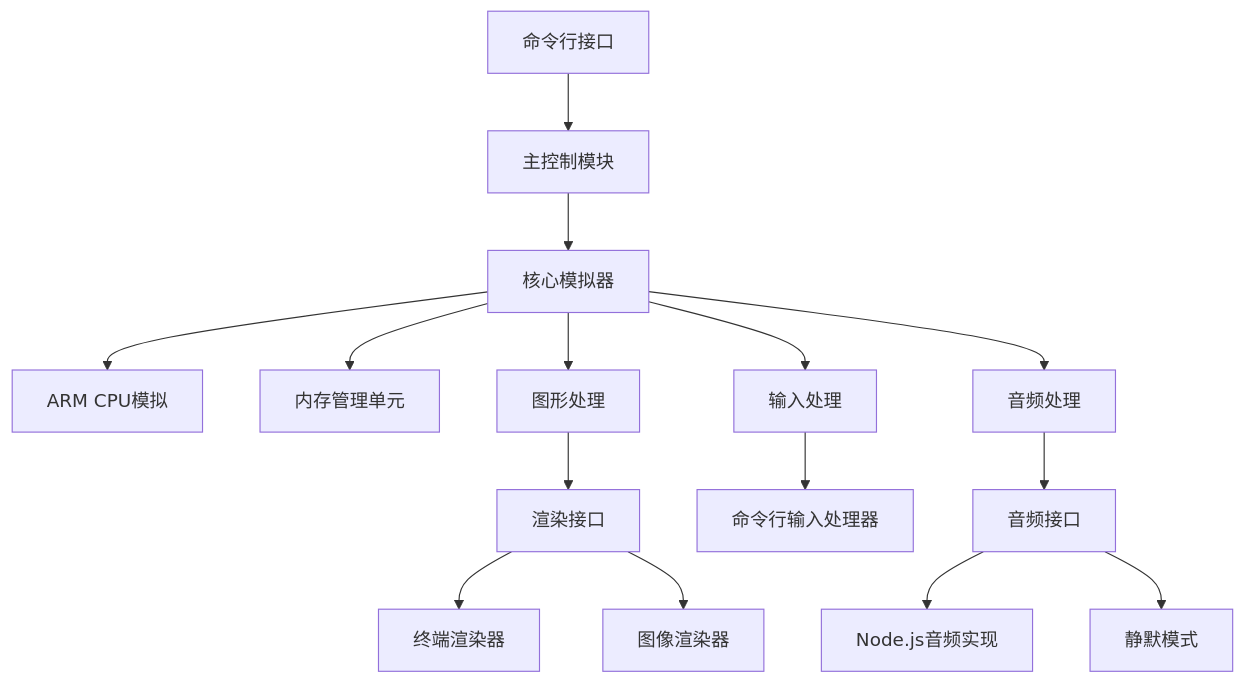
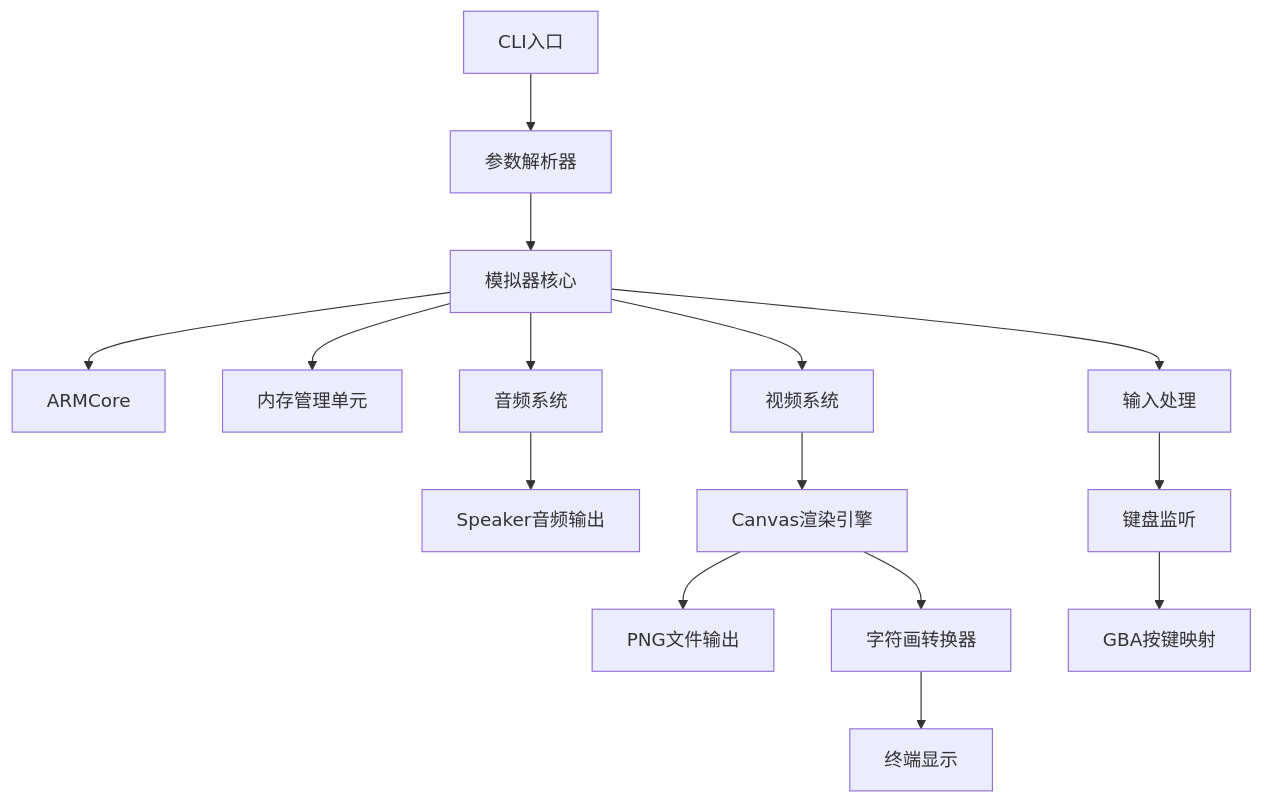
The diagram in docs/design.md (xhl592576605/gbajs2-cli), drawn with Mermaid before and after one commit. The commit also changed other lines of this file and 7 other files, not shown here.

````diff
--- a/docs/design.md
+++ b/docs/design.md
@@ -43,17 +20,20 @@
 ```mermaid
 graph TB
-    A[命令行接口] --> B[主控制模块]
-    B --> C[核心模拟器]
-    C --> D[ARM CPU模拟]
+    A[CLI入口] --> B[参数解析器]
+    B --> C[模拟器核心]
+    
+    C --> D[ARMCore]
     C --> E[内存管理单元]
-    C --> F[图形处理]
-    C --> G[音频处理]
+    C --> F[音频系统]
+    C --> G[视频系统]
     C --> H[输入处理]
-    F --> I[渲染接口]
-    I --> J[终端渲染器]
-    I --> K[图像渲染器]
-    H --> L[命令行输入处理器]
-    G --> M[音频接口]
-    M --> N[Node.js音频实现]
-    M --> O[静默模式]
+    
+    F --> I[Speaker音频输出]
+    G --> J[Canvas渲染引擎]
+    J --> K[PNG文件输出]
+    J --> L[字符画转换器]
+    L --> M[终端显示]
+    
+    H --> N[键盘监听]
+    N --> O[GBA按键映射]
 ```
````
